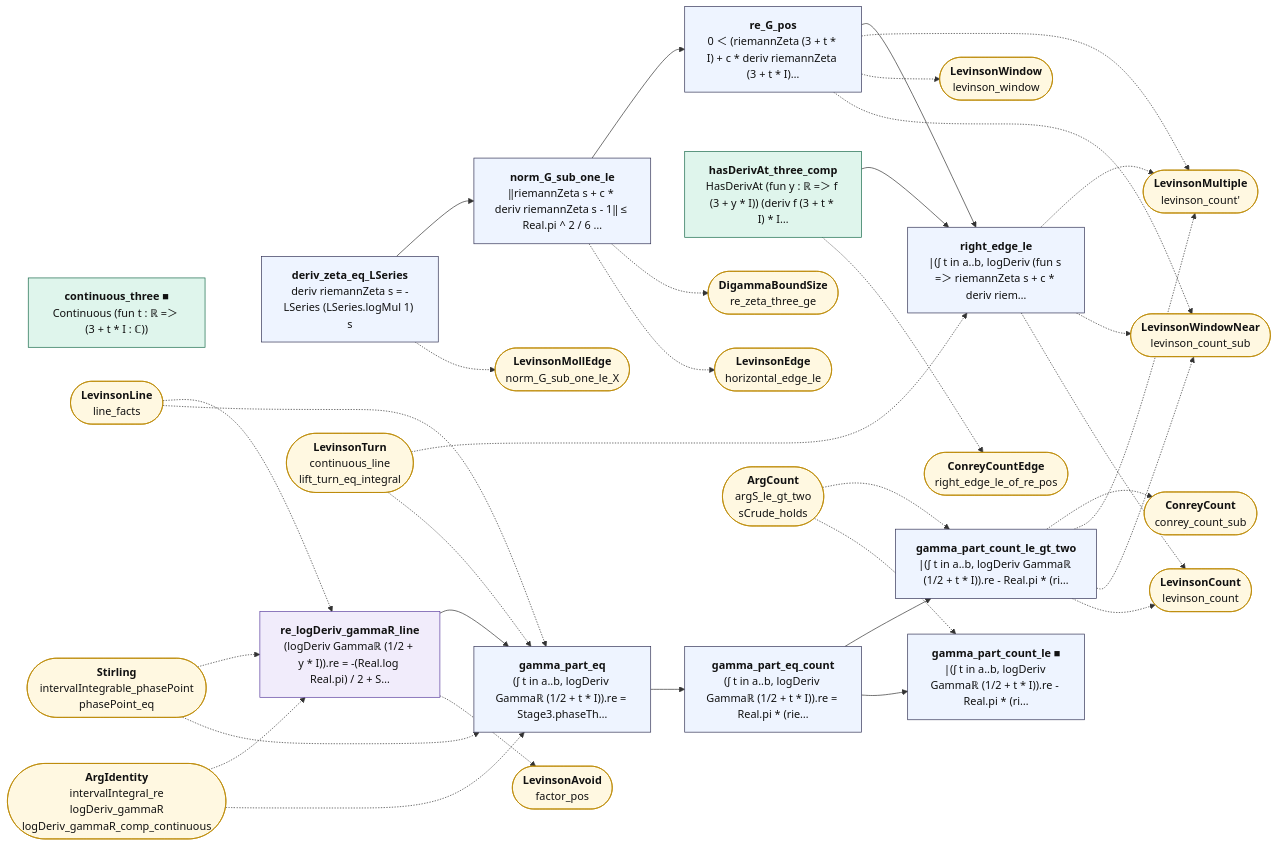
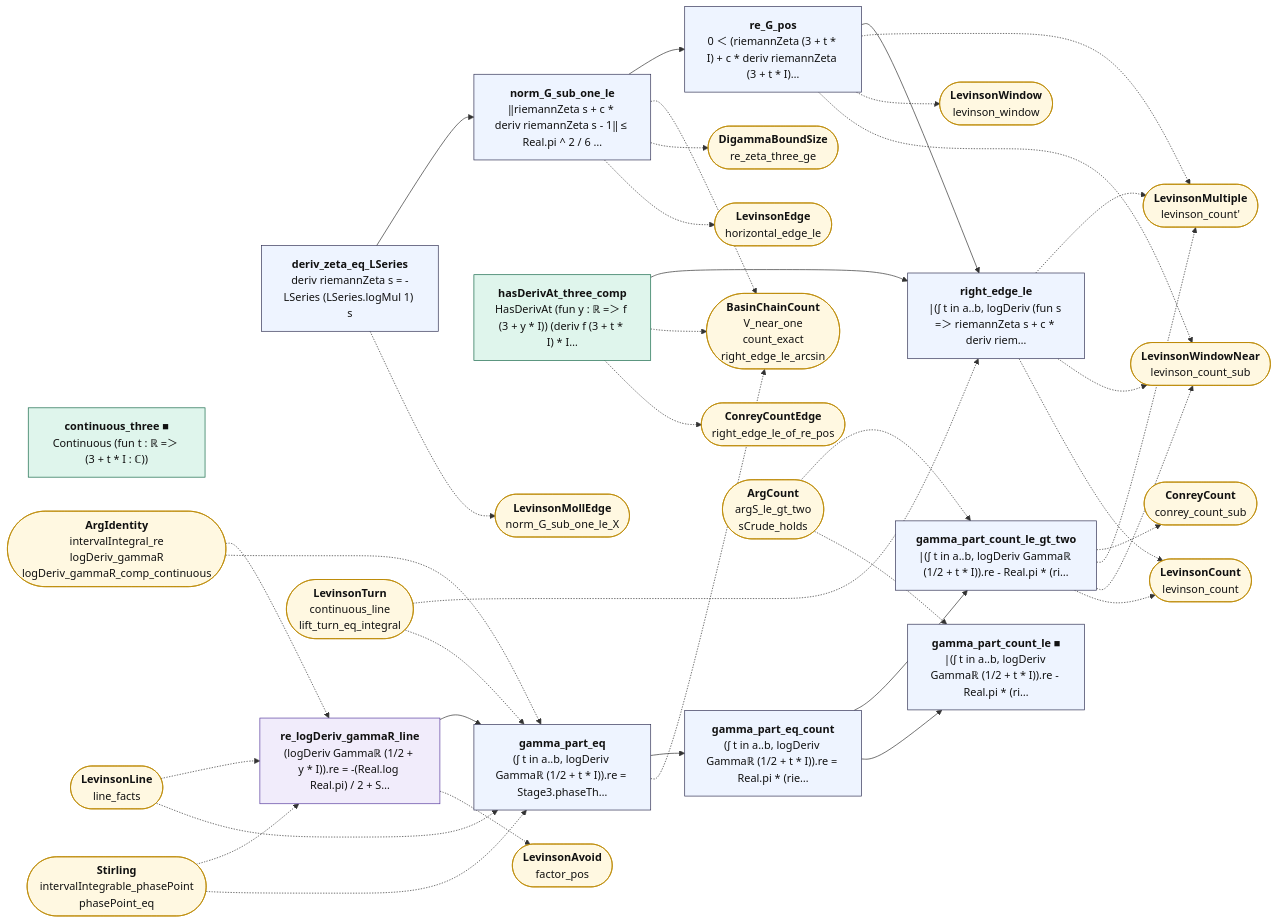
The diagram in map/lean_stage3/LevinsonSize.md (juliansambranojr/Primebeat_081426), drawn with Mermaid before and after one commit. The commit also changed other lines of this file and 60 other files, not shown here.

````diff
--- a/map/lean_stage3/LevinsonSize.md
+++ b/map/lean_stage3/LevinsonSize.md
@@ -14,70 +14,74 @@
 ```mermaid
 flowchart LR
   n0["<b>deriv_zeta_eq_LSeries</b><br/>deriv riemannZeta s = -LSeries (LSeries.logMul 1) s"]:::thm
   n1["<b>norm_G_sub_one_le</b><br/>‖riemannZeta s + c * deriv riemannZeta s - 1‖ ≤ Real.pi ^ 2 / 6 …"]:::thm
   n2["<b>re_G_pos</b><br/>0 ＜ (riemannZeta (3 + t * I) + c * deriv riemannZeta (3 + t * I)…"]:::thm
   n3["<b>hasDerivAt_three_comp</b><br/>HasDerivAt (fun y : ℝ =＞ f (3 + y * I)) (deriv f (3 + t * I) * I…"]:::cnt
   n4["<b>continuous_three ■</b><br/>Continuous (fun t : ℝ =＞ (3 + t * I : ℂ))"]:::cnt
   n5["<b>right_edge_le</b><br/>|(∫ t in a..b, logDeriv (fun s =＞ riemannZeta s + c * deriv riem…"]:::thm
   n6["<b>re_logDeriv_gammaR_line</b><br/>(logDeriv Gammaℝ (1/2 + y * I)).re = -(Real.log Real.pi) / 2 + S…"]:::shp
   n7["<b>gamma_part_eq</b><br/>(∫ t in a..b, logDeriv Gammaℝ (1/2 + t * I)).re = Stage3.phaseTh…"]:::thm
   n8["<b>gamma_part_eq_count</b><br/>(∫ t in a..b, logDeriv Gammaℝ (1/2 + t * I)).re = Real.pi * (rie…"]:::thm
   n9["<b>gamma_part_count_le ■</b><br/>|(∫ t in a..b, logDeriv Gammaℝ (1/2 + t * I)).re - Real.pi * (ri…"]:::thm
   n10["<b>gamma_part_count_le_gt_two</b><br/>|(∫ t in a..b, logDeriv Gammaℝ (1/2 + t * I)).re - Real.pi * (ri…"]:::thm
   x0(["<b>LevinsonMollEdge</b><br/>norm_G_sub_one_le_X"]):::ext
-  x1(["<b>DigammaBoundSize</b><br/>re_zeta_three_ge"]):::ext
-  x2(["<b>LevinsonEdge</b><br/>horizontal_edge_le"]):::ext
-  x3(["<b>LevinsonMultiple</b><br/>levinson_count'"]):::ext
-  x4(["<b>LevinsonWindow</b><br/>levinson_window"]):::ext
-  x5(["<b>LevinsonWindowNear</b><br/>levinson_count_sub"]):::ext
-  x6(["<b>ConreyCountEdge</b><br/>right_edge_le_of_re_pos"]):::ext
-  x7(["<b>LevinsonTurn</b><br/>continuous_line<br/>lift_turn_eq_integral"]):::ext
-  x8(["<b>LevinsonCount</b><br/>levinson_count"]):::ext
-  x9(["<b>ArgIdentity</b><br/>intervalIntegral_re<br/>logDeriv_gammaR<br/>logDeriv_gammaR_comp_continuous"]):::ext
-  x10(["<b>LevinsonLine</b><br/>line_facts"]):::ext
-  x11(["<b>Stirling</b><br/>intervalIntegrable_phasePoint<br/>phasePoint_eq"]):::ext
-  x12(["<b>LevinsonAvoid</b><br/>factor_pos"]):::ext
-  x13(["<b>ArgCount</b><br/>argS_le_gt_two<br/>sCrude_holds"]):::ext
-  x14(["<b>ConreyCount</b><br/>conrey_count_sub"]):::ext
+  x1(["<b>BasinChainCount</b><br/>V_near_one<br/>count_exact<br/>right_edge_le_arcsin"]):::ext
+  x2(["<b>DigammaBoundSize</b><br/>re_zeta_three_ge"]):::ext
+  x3(["<b>LevinsonEdge</b><br/>horizontal_edge_le"]):::ext
+  x4(["<b>LevinsonMultiple</b><br/>levinson_count'"]):::ext
+  x5(["<b>LevinsonWindow</b><br/>levinson_window"]):::ext
+  x6(["<b>LevinsonWindowNear</b><br/>levinson_count_sub"]):::ext
+  x7(["<b>ConreyCountEdge</b><br/>right_edge_le_of_re_pos"]):::ext
+  x8(["<b>LevinsonTurn</b><br/>continuous_line<br/>lift_turn_eq_integral"]):::ext
+  x9(["<b>LevinsonCount</b><br/>levinson_count"]):::ext
+  x10(["<b>ArgIdentity</b><br/>intervalIntegral_re<br/>logDeriv_gammaR<br/>logDeriv_gammaR_comp_continuous"]):::ext
+  x11(["<b>LevinsonLine</b><br/>line_facts"]):::ext
+  x12(["<b>Stirling</b><br/>intervalIntegrable_phasePoint<br/>phasePoint_eq"]):::ext
+  x13(["<b>LevinsonAvoid</b><br/>factor_pos"]):::ext
+  x14(["<b>ArgCount</b><br/>argS_le_gt_two<br/>sCrude_holds"]):::ext
+  x15(["<b>ConreyCount</b><br/>conrey_count_sub"]):::ext
   n0 --> n1
   n1 --> n2
   n2 --> n5
   n3 --> n5
   n6 --> n7
   n7 --> n8
   n8 --> n10
   n8 --> n9
   n0 -.-> x0
   n1 -.-> x1
   n1 -.-> x2
-  n10 -.-> x14
-  n10 -.-> x3
-  n10 -.-> x5
-  n10 -.-> x8
-  n2 -.-> x3
+  n1 -.-> x3
+  n10 -.-> x15
+  n10 -.-> x4
+  n10 -.-> x6
+  n10 -.-> x9
   n2 -.-> x4
   n2 -.-> x5
-  n3 -.-> x6
-  n5 -.-> x3
-  n5 -.-> x5
-  n5 -.-> x8
-  n6 -.-> x12
+  n2 -.-> x6
+  n3 -.-> x1
+  n3 -.-> x7
+  n5 -.-> x4
+  n5 -.-> x6
+  n5 -.-> x9
+  n6 -.-> x13
+  n7 -.-> x1
   x10 -.-> n6
   x10 -.-> n7
   x11 -.-> n6
   x11 -.-> n7
-  x13 -.-> n10
-  x13 -.-> n9
-  x7 -.-> n5
-  x7 -.-> n7
-  x9 -.-> n6
-  x9 -.-> n7
+  x12 -.-> n6
+  x12 -.-> n7
+  x14 -.-> n10
+  x14 -.-> n9
+  x8 -.-> n5
+  x8 -.-> n7
   classDef cnt fill:#dff5ec,stroke:#17694a,color:#111
   classDef shp fill:#f1ecfb,stroke:#5b3fa0,color:#111
   classDef rh fill:#ffe5e5,stroke:#c22,color:#111,stroke-width:2px
   classDef thm fill:#eef4ff,stroke:#335,color:#111
   classDef end_ fill:#e7f7e7,stroke:#2a7,color:#111,stroke-width:2px
   classDef lone fill:#fff,stroke:#999,color:#111,stroke-dasharray:4 3
   classDef bad fill:#ffe5e5,stroke:#c22,color:#111,stroke-width:2px
   classDef ext fill:#fff8e1,stroke:#b80,color:#111
 ```
````
